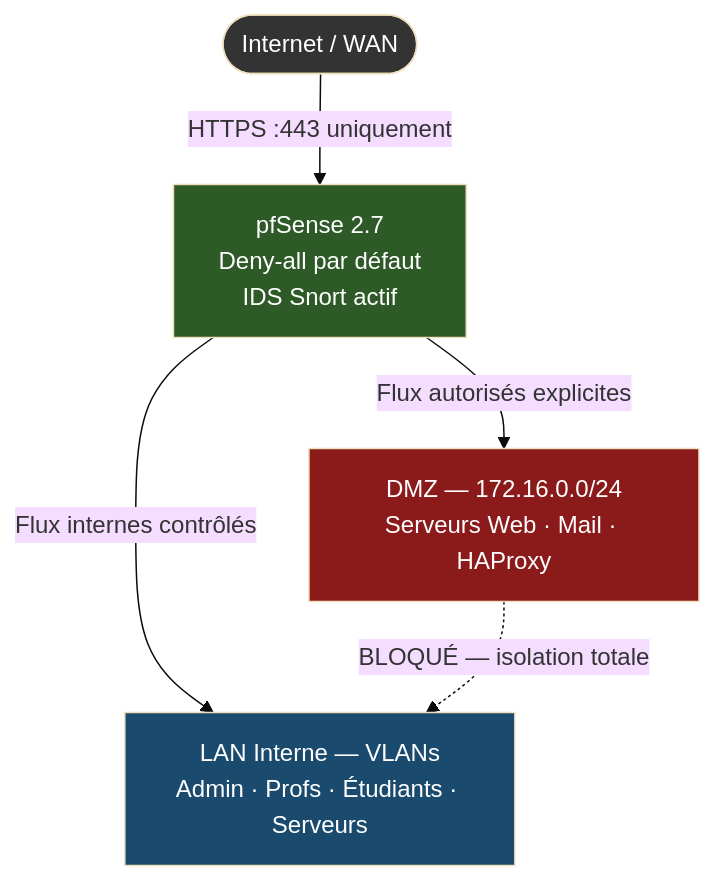
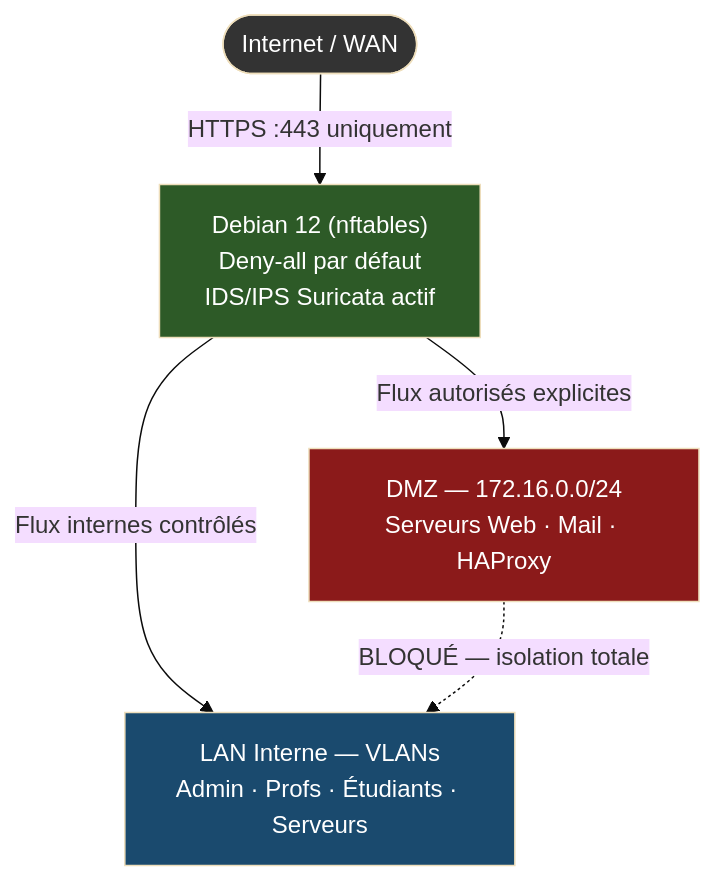
Before and after one commit to Vinceadr/RP-05-Audit-Securite: the third of 5 diagrams in gamma-rp05.md, drawn with Mermaid (base theme). The commit also changed other lines of this file and 4 other files, not shown here.

First line of the commit message:
Remplacement pfSense/Snort/Fail2ban -> nftables/Suricata/CrowdSec dans tous les docs

````diff
--- a/gamma-rp05.md
+++ b/gamma-rp05.md
@@ -93,15 +93,15 @@
 ```mermaid
 graph TD
     WAN(["Internet / WAN"])
-    FW["pfSense 2.7\nDeny-all par défaut\nIDS Snort actif"]
+    FW["Debian 12 (nftables)\nDeny-all par défaut\nIDS/IPS Suricata actif"]
     DMZ["DMZ — 172.16.0.0/24\nServeurs Web · Mail · HAProxy"]
     LAN["LAN Interne — VLANs\nAdmin · Profs · Étudiants · Serveurs"]
     WAN -->|"HTTPS :443 uniquement"| FW
     FW -->|"Flux autorisés explicites"| DMZ
     FW -->|"Flux internes contrôlés"| LAN
     DMZ -.->|"BLOQUÉ — isolation totale"| LAN
     style FW fill:#2d5a27,color:#fff
     style DMZ fill:#8b1a1a,color:#fff
     style LAN fill:#1a4a6e,color:#fff
     style WAN fill:#333,color:#fff
 ```
````
